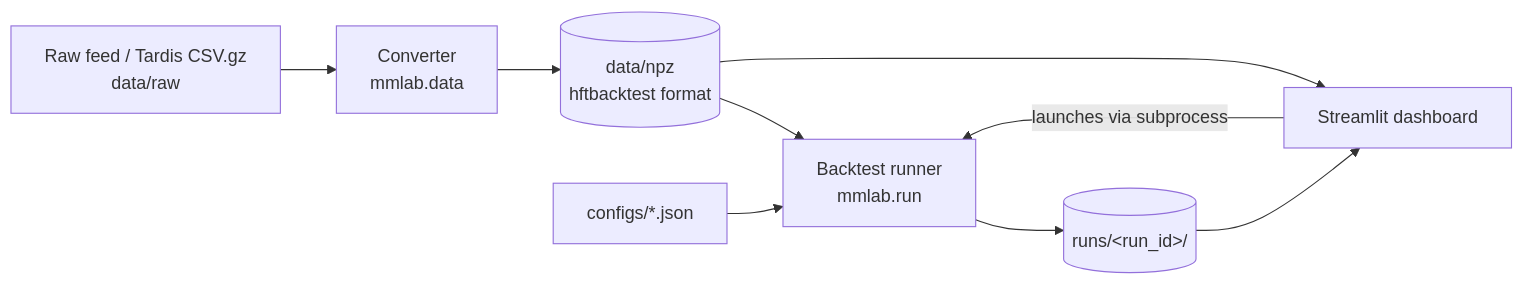
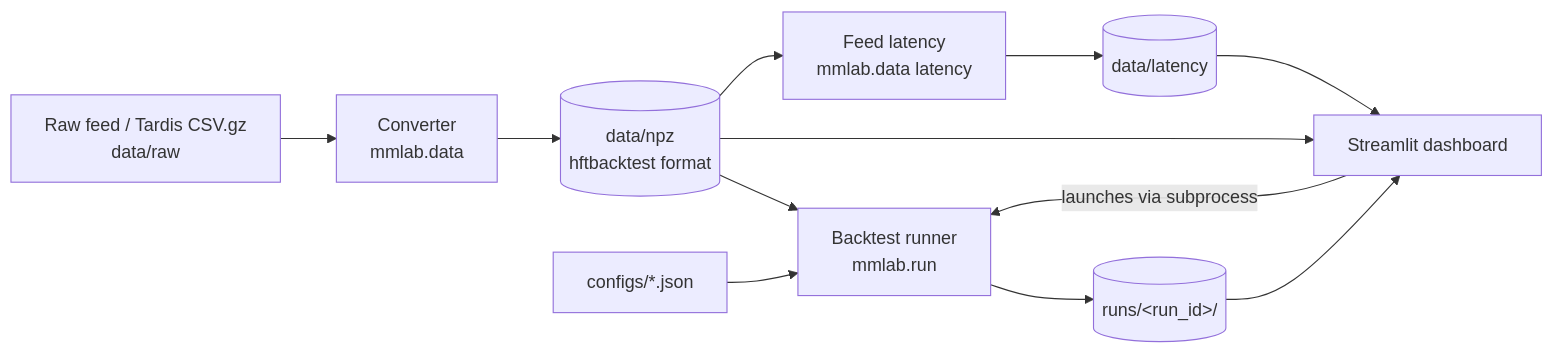
Before and after one commit to Sh1ljo/MMCrypto: the diagram in docs/INFRASTRUCTURE.md, drawn with Mermaid. The commit also changed other lines of this file and 36 other files, not shown here.

First line of the commit message:
Phase 4: exact fills, markouts, sensitivity study, feed latency, compare and data pages

````diff
--- a/docs/INFRASTRUCTURE.md
+++ b/docs/INFRASTRUCTURE.md
@@ -19,11 +19,14 @@
 ```mermaid
 flowchart LR
     A[Raw feed / Tardis CSV.gz<br/>data/raw] --> B[Converter<br/>mmlab.data]
     B --> C[(data/npz<br/>hftbacktest format)]
     C --> D[Backtest runner<br/>mmlab.run]
     E[configs/*.json] --> D
     D --> F[(runs/&lt;run_id&gt;/)]
     F --> G[Streamlit dashboard]
     G -- launches via subprocess --> D
     C --> G
+    C --> H[Feed latency<br/>mmlab.data latency]
+    H --> I[(data/latency)]
+    I --> G
 ```
````
